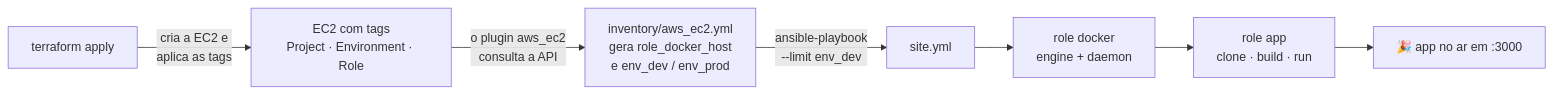
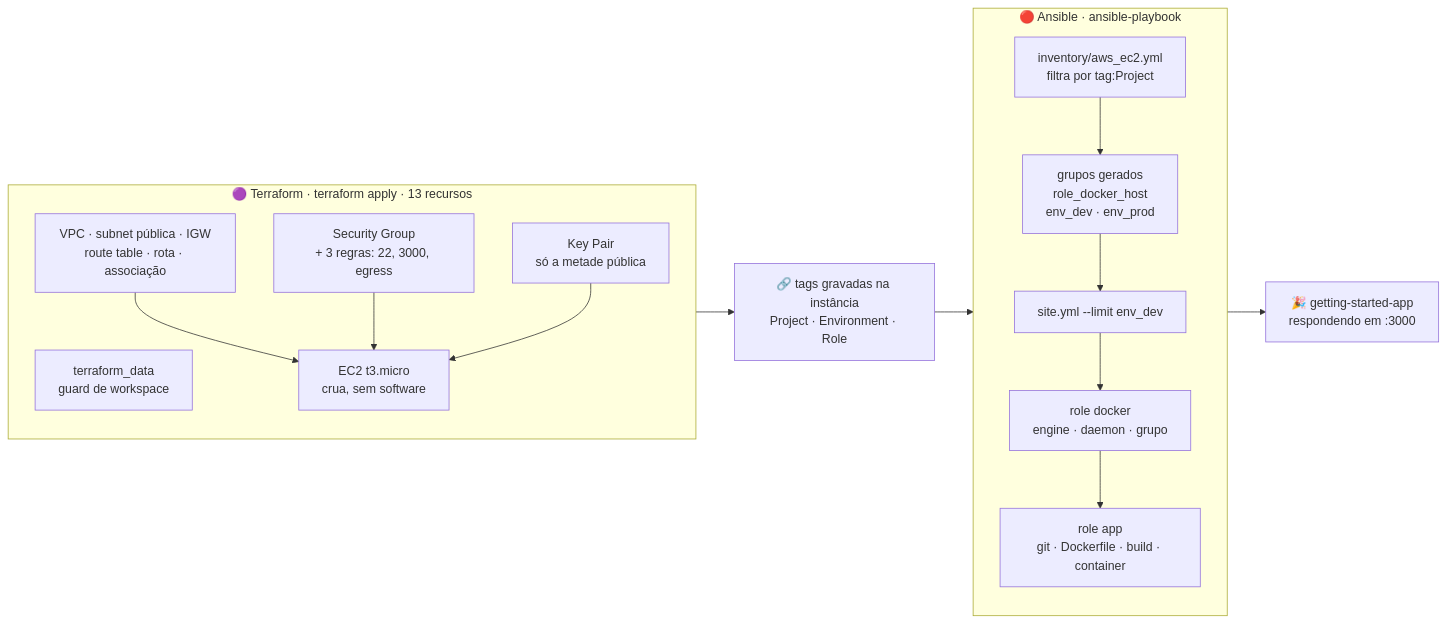
The second of 10 diagrams in README.md (weynne/cesar-school-pos-devops-iac), drawn with Mermaid before and after one commit. The commit also changed other lines of this file, not shown here.

Commit message:
docs: show everything terraform provisions in the flow diagram

````diff
--- a/README.md
+++ b/README.md
@@ -74,9 +74,29 @@
 ```mermaid
 flowchart LR
-    A["terraform apply"] -->|"cria a EC2 e<br/>aplica as tags"| B["EC2 com tags<br/>Project · Environment · Role"]
-    B -->|"o plugin aws_ec2<br/>consulta a API"| C["inventory/aws_ec2.yml<br/>gera role_docker_host<br/>e env_dev / env_prod"]
-    C -->|"ansible-playbook<br/>--limit env_dev"| D["site.yml"]
-    D --> E["role docker<br/>engine + daemon"]
-    E --> F["role app<br/>clone · build · run"]
-    F --> G["🎉 app no ar em :3000"]
+    subgraph TF["🟣 Terraform · terraform apply · 13 recursos"]
+        direction TB
+        GUARD["terraform_data<br/>guard de workspace"]
+        NET["VPC · subnet pública · IGW<br/>route table · rota · associação"]
+        SEC["Security Group<br/>+ 3 regras: 22, 3000, egress"]
+        KEY["Key Pair<br/>só a metade pública"]
+        EC2["EC2 t3.micro<br/>crua, sem software"]
+        NET --> EC2
+        SEC --> EC2
+        KEY --> EC2
+    end
+
+    TAGS["🔗 tags gravadas na instância<br/>Project · Environment · Role"]
+
+    subgraph ANS["🔴 Ansible · ansible-playbook"]
+        direction TB
+        INV["inventory/aws_ec2.yml<br/>filtra por tag:Project"]
+        GRP["grupos gerados<br/>role_docker_host<br/>env_dev · env_prod"]
+        PLAY["site.yml --limit env_dev"]
+        RD["role docker<br/>engine · daemon · grupo"]
+        RA["role app<br/>git · Dockerfile · build · container"]
+        INV --> GRP --> PLAY --> RD --> RA
+    end
+
+    EC2 --> TAGS --> INV
+    RA --> OUT["🎉 getting-started-app<br/>respondendo em :3000"]
 ```
````
